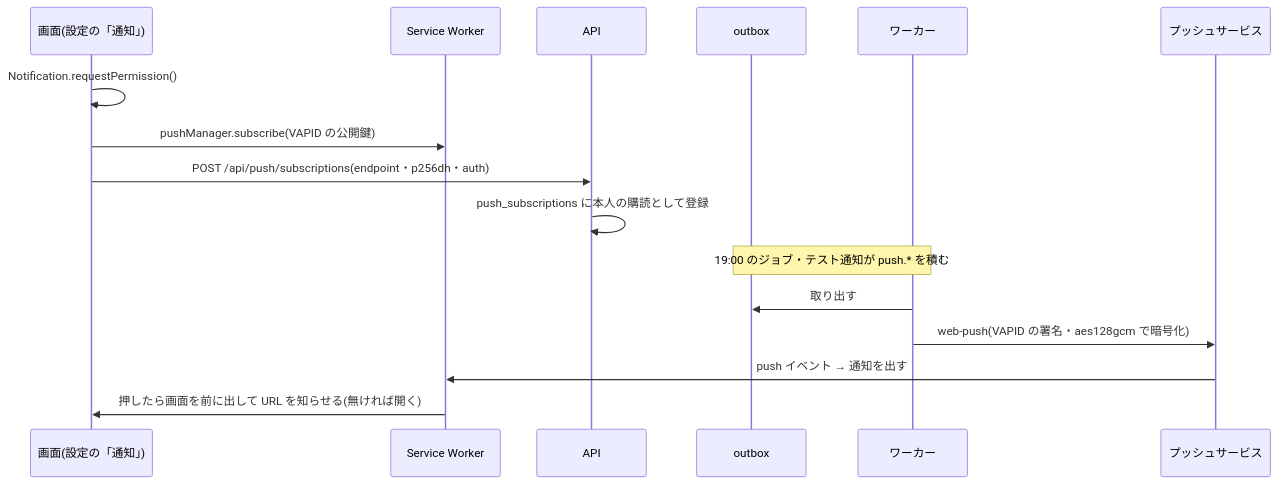
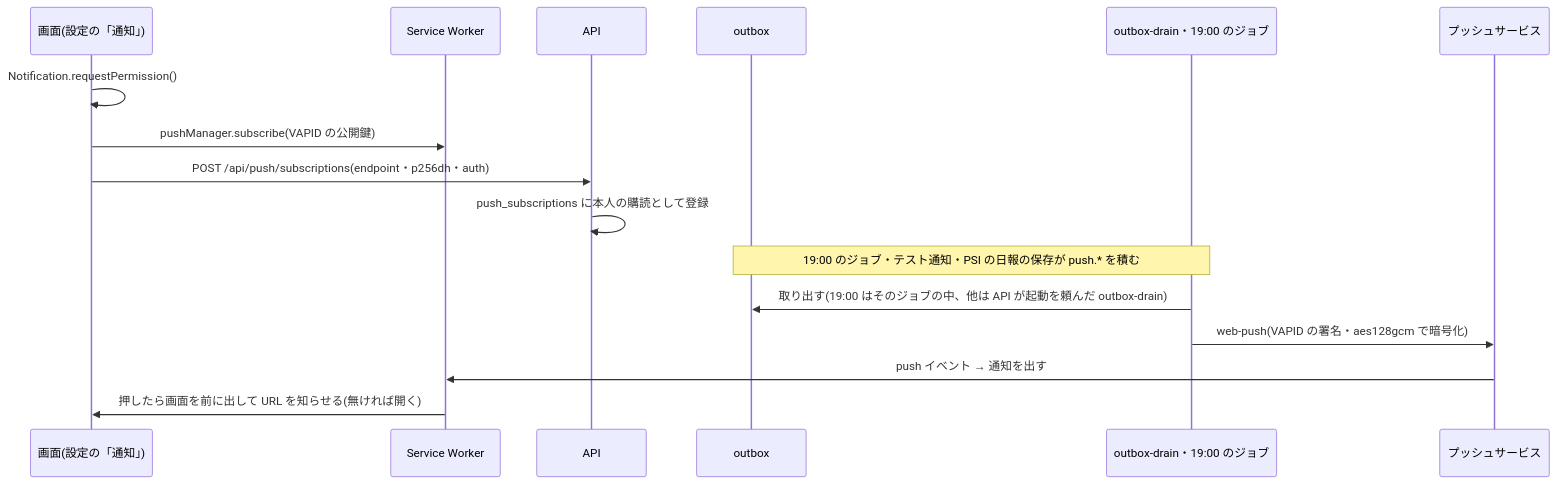
Before and after one commit to katahimo-dev/katahimo-app: the fourth of 4 diagrams in doc/05_バッチ・外部連携.md, drawn with Mermaid. The commit also changed other lines of this file and 56 other files, not shown here.

````diff
--- a/doc/05_バッチ・外部連携.md
+++ b/doc/05_バッチ・外部連携.md
@@ -330,18 +386,18 @@
 ```mermaid
 sequenceDiagram
   participant W as 画面(設定の「通知」)
   participant SW as Service Worker
   participant API as API
   participant Q as outbox
-  participant K as ワーカー
+  participant K as outbox-drain・19:00 のジョブ
   participant P as プッシュサービス
   W->>W: Notification.requestPermission()
   W->>SW: pushManager.subscribe(VAPID の公開鍵)
   W->>API: POST /api/push/subscriptions(endpoint・p256dh・auth)
   API->>API: push_subscriptions に本人の購読として登録
-  Note over Q,K: 19:00 のジョブ・テスト通知が push.* を積む
-  K->>Q: 取り出す
+  Note over Q,K: 19:00 のジョブ・テスト通知・PSI の日報の保存が push.* を積む
+  K->>Q: 取り出す(19:00 はそのジョブの中、他は API が起動を頼んだ outbox-drain)
   K->>P: web-push(VAPID の署名・aes128gcm で暗号化)
   P->>SW: push イベント → 通知を出す
   SW->>W: 押したら画面を前に出して URL を知らせる(無ければ開く)
 ```
````
